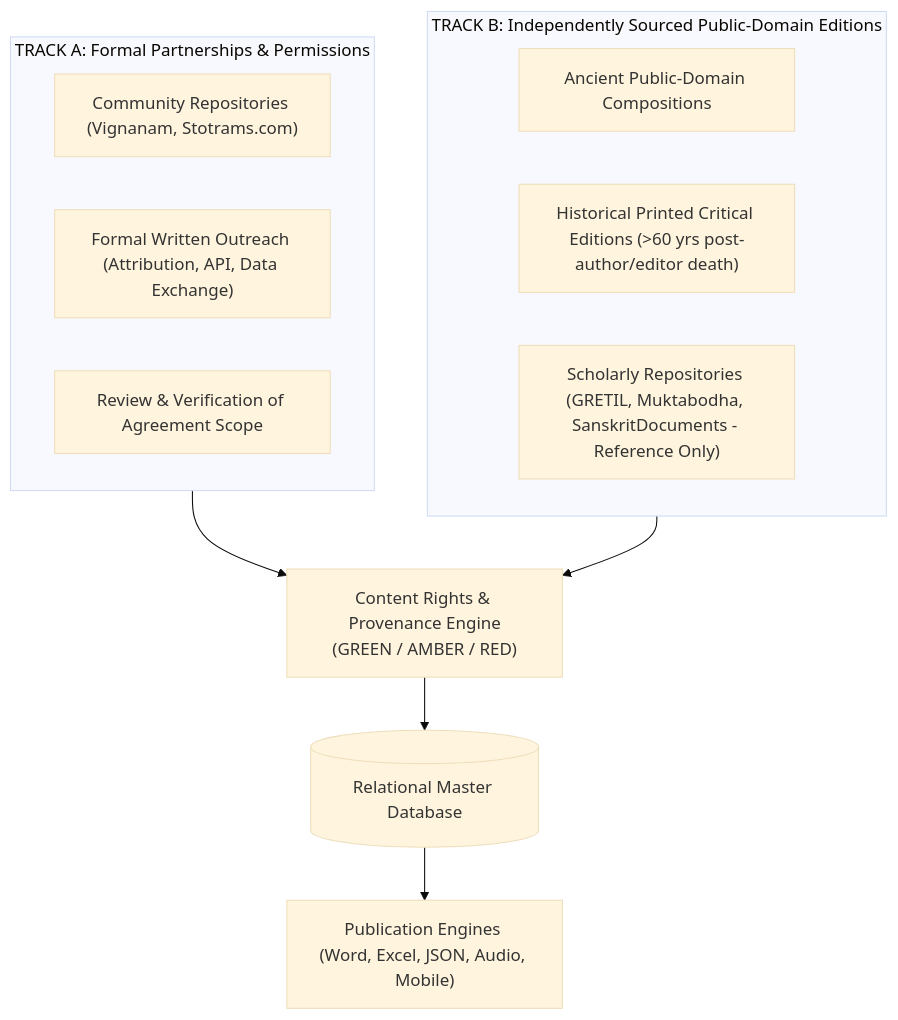
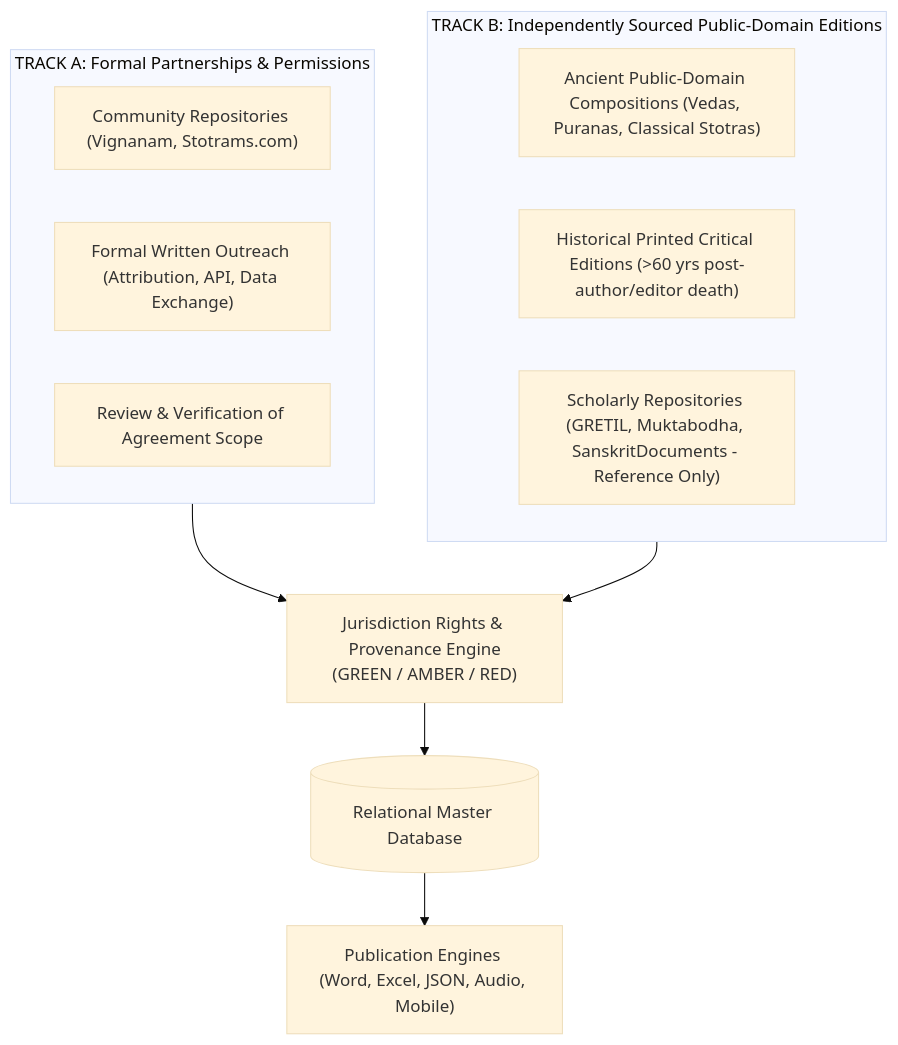
The first of 2 diagrams in documentation/project_roadmap/MASTER_PLAN.md (thegr8gv1/vedam), drawn with Mermaid (base theme) before and after one commit. The commit also changed other lines of this file and 18 other files, not shown here.

Commit message:
Complete Phase 2: Jurisdiction-aware rights framework, Unicode preservation with Vedic swaras, pipeline ingestion engine, 8 pilot compositions, and 33 automated tests

````diff
--- a/documentation/project_roadmap/MASTER_PLAN.md
+++ b/documentation/project_roadmap/MASTER_PLAN.md
@@ -37,17 +37,17 @@
 ```mermaid
 flowchart TD
     subgraph TrackA ["TRACK A: Formal Partnerships & Permissions"]
         A1["Community Repositories (Vignanam, Stotrams.com)"]
         A2["Formal Written Outreach (Attribution, API, Data Exchange)"]
         A3["Review & Verification of Agreement Scope"]
     end
     subgraph TrackB ["TRACK B: Independently Sourced Public-Domain Editions"]
-        B1["Ancient Public-Domain Compositions"]
+        B1["Ancient Public-Domain Compositions (Vedas, Puranas, Classical Stotras)"]
         B2["Historical Printed Critical Editions (>60 yrs post-author/editor death)"]
         B3["Scholarly Repositories (GRETIL, Muktabodha, SanskritDocuments - Reference Only)"]
     end
-    TrackA --> RightsEngine["Content Rights & Provenance Engine<br>(GREEN / AMBER / RED)"]
+    TrackA --> RightsEngine["Jurisdiction Rights & Provenance Engine<br>(GREEN / AMBER / RED)"]
     TrackB --> RightsEngine
     RightsEngine --> DB[(Relational Master Database)]
     DB --> Exporters["Publication Engines (Word, Excel, JSON, Audio, Mobile)"]
 ```
````
